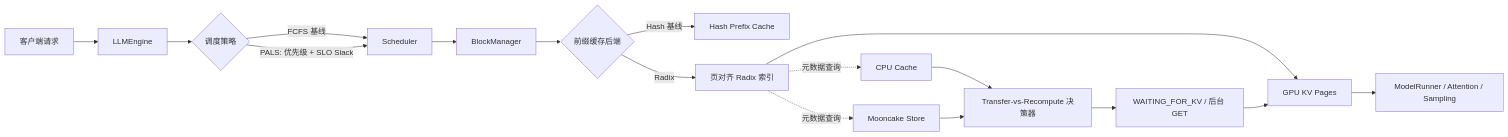
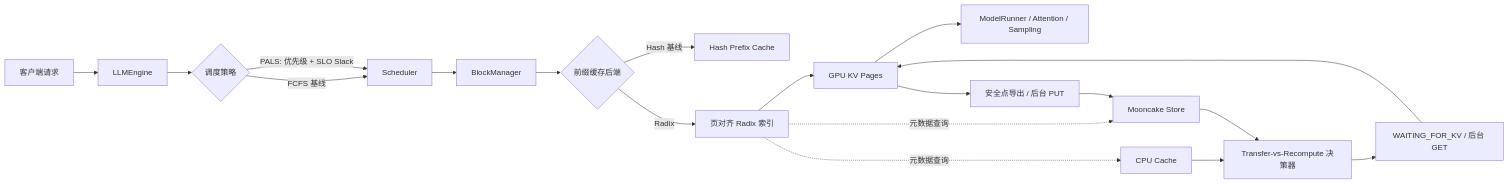
The diagram in README_zh-CN.md (Xuhang0607/nano-vllm-qos), drawn with Mermaid before and after one commit. The commit also changed other lines of this file and 11 other files, not shown here.

````diff
--- a/README_zh-CN.md
+++ b/README_zh-CN.md
@@ -42,19 +42,21 @@
 ```mermaid
 flowchart LR
     A[客户端请求] --> B[LLMEngine]
     B --> C{调度策略}
     C -->|FCFS 基线| D[Scheduler]
     C -->|PALS: 优先级 + SLO Slack| D
     D --> E[BlockManager]
     E --> F{前缀缓存后端}
     F -->|Hash 基线| G[Hash Prefix Cache]
     F -->|Radix| H[页对齐 Radix 索引]
     H --> I[GPU KV Pages]
     H -. 元数据查询 .-> J[CPU Cache]
     H -. 元数据查询 .-> K[Mooncake Store]
     J --> L[Transfer-vs-Recompute 决策器]
     K --> L
     L --> N[WAITING_FOR_KV / 后台 GET]
     N --> I
     I --> M[ModelRunner / Attention / Sampling]
+    I --> O[安全点导出 / 后台 PUT]
+    O --> K
 ```
````
